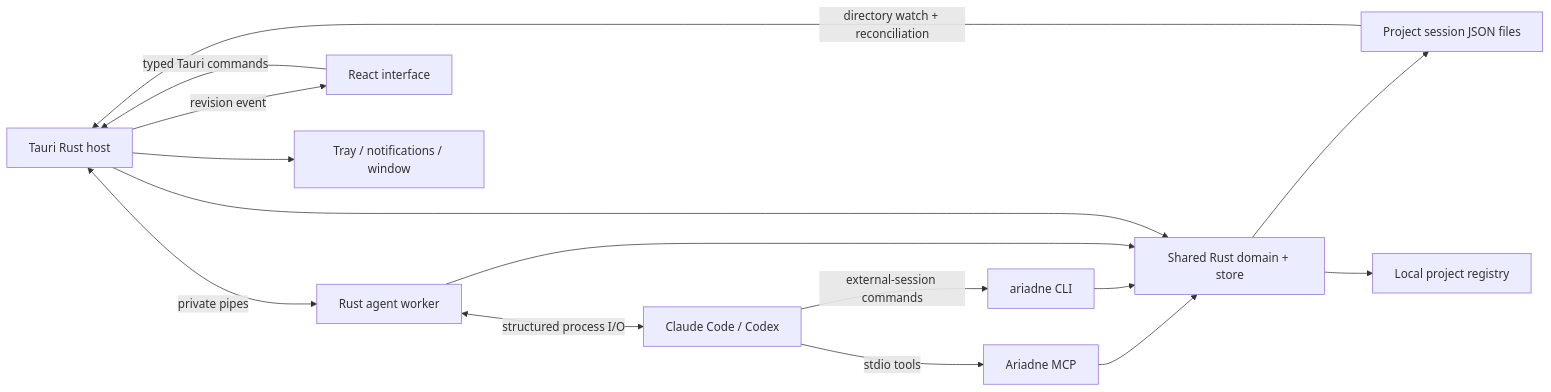
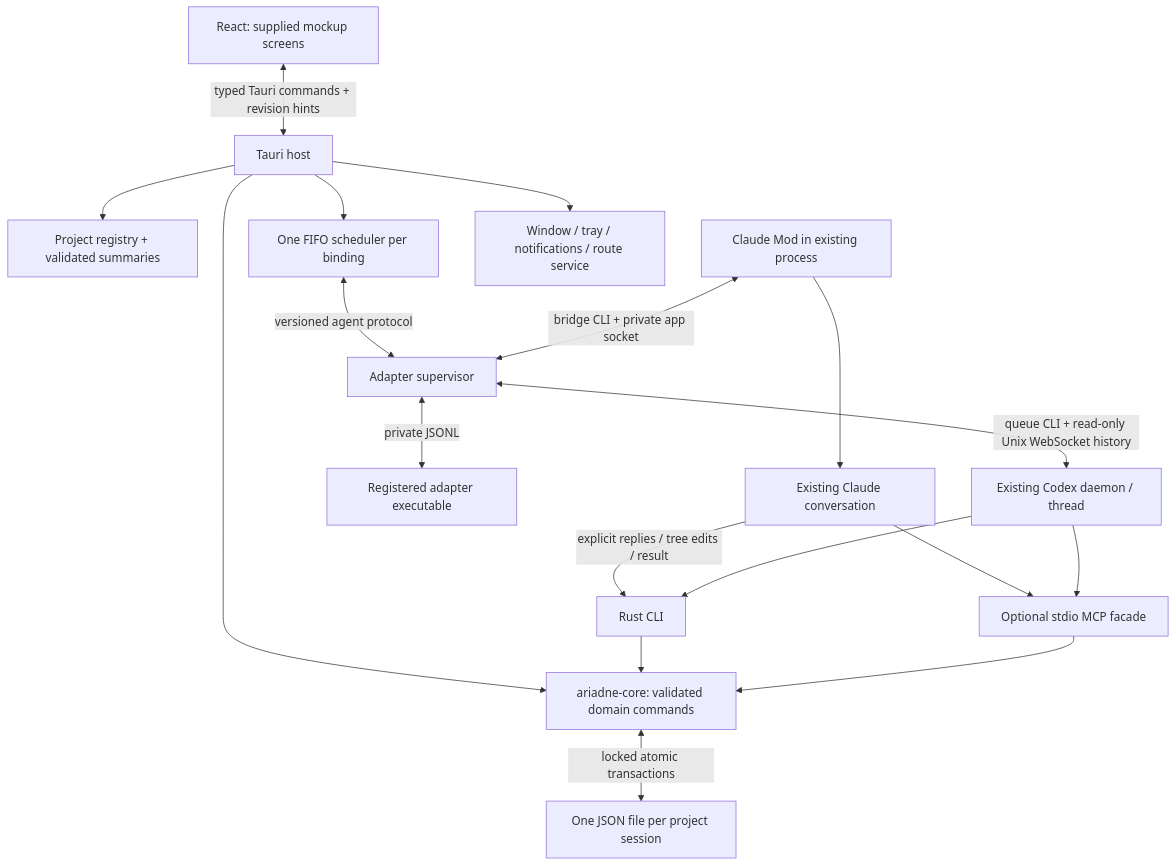
The diagram in docs/planning/ARCHITECTURE.md (kartiksayani/ariadne), drawn with Mermaid before and after one commit. The commit also changed other lines of this file and 52 other files, not shown here.

````diff
--- a/docs/planning/ARCHITECTURE.md
+++ b/docs/planning/ARCHITECTURE.md
@@ -9,17 +22,20 @@
 ```mermaid
-flowchart LR
-    APP[Tauri Rust host] <-->|private pipes| RUN[Rust agent worker]
-    RUN <-->|structured process I/O| C[Claude Code / Codex]
-    C -->|stdio tools| MCP[Ariadne MCP]
-    C -->|external-session commands| CLI[ariadne CLI]
-    MCP --> CORE[Shared Rust domain + store]
-    CLI --> CORE[Shared Rust domain + store]
-    UI[React interface] -->|typed Tauri commands| APP
-    RUN --> CORE
-    APP --> CORE
-    CORE --> JSON[Project session JSON files]
-    JSON -->|directory watch + reconciliation| APP
-    APP -->|revision event| UI
-    APP --> MAC[Tray / notifications / window]
-    CORE --> REG[Local project registry]
+flowchart TB
+  UI[React: supplied mockup screens] <-->|typed Tauri commands + revision hints| APP[Tauri host]
+  APP --> CORE[ariadne-core: validated domain commands]
+  CLI[Rust CLI] --> CORE
+  MCP[Optional stdio MCP facade] --> CORE
+  CORE <-->|locked atomic transactions| STORE[One JSON file per project session]
+  APP --> INDEX[Project registry + validated summaries]
+  APP --> SCHED[One FIFO scheduler per binding]
+  SCHED <-->|versioned agent protocol| ADAPT[Adapter supervisor]
+  MOD[Claude Mod in existing process] <-->|bridge CLI + private app socket| ADAPT
+  ADAPT <-->|queue CLI + read-only Unix WebSocket history| CODEX[Existing Codex daemon / thread]
+  ADAPT <-->|private JSONL| FUTURE[Registered adapter executable]
+  MOD --> CLAUDE[Existing Claude conversation]
+  CLAUDE -->|explicit replies / tree edits / result| CLI
+  CLAUDE --> MCP
+  CODEX --> CLI
+  CODEX --> MCP
+  APP --> NATIVE[Window / tray / notifications / route service]
 ```
````
